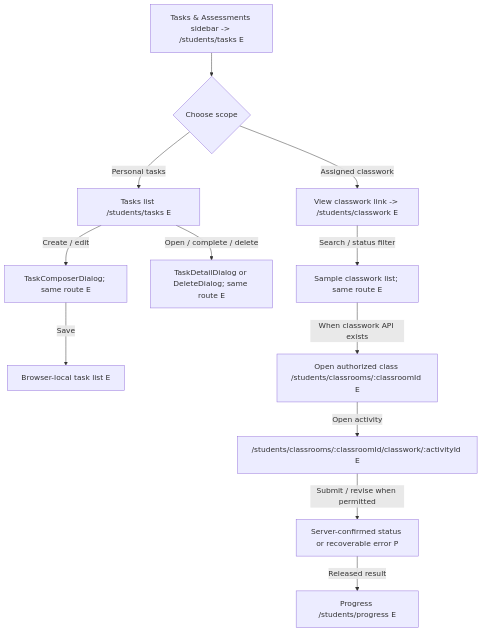
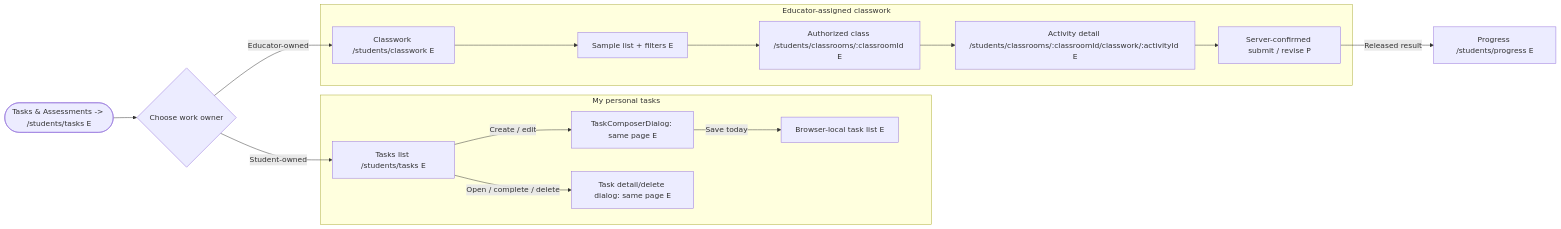
One commit to devCarlJoseph/owlio-app changed the tenth of 14 diagrams in OWLIO_STUDENT_SIDEBAR_WORKFLOW_PLAN.md. Above: the diagram before and after it, drawn with Mermaid. The commit also changed other lines of this file and 1 other file, not shown here.

Commit message:
docs(workflows): render sidebar flows as grouped Mermaid diagrams

````diff
--- a/OWLIO_STUDENT_SIDEBAR_WORKFLOW_PLAN.md
+++ b/OWLIO_STUDENT_SIDEBAR_WORKFLOW_PLAN.md
@@ -496,14 +584,24 @@
 ```mermaid
-flowchart TD
-  WORK["Tasks & Assessments sidebar -> /students/tasks E"] --> SCOPE{"Choose scope"}
-  SCOPE -->|"Personal tasks"| T["Tasks list /students/tasks E"]
-  T -->|"Create / edit"| FORM["TaskComposerDialog; same route E"]
-  FORM -->|"Save"| LOCAL["Browser-local task list E"]
-  T -->|"Open / complete / delete"| DETAIL["TaskDetailDialog or DeleteDialog; same route E"]
-  SCOPE -->|"Assigned classwork"| CW["View classwork link -> /students/classwork E"]
-  CW -->|"Search / status filter"| LIST["Sample classwork list; same route E"]
-  LIST -->|"When classwork API exists"| CLASS["Open authorized class /students/classrooms/:classroomId E"]
-  CLASS -->|"Open activity"| ACT["/students/classrooms/:classroomId/classwork/:activityId E"]
-  ACT -->|"Submit / revise when permitted"| CONFIRM["Server-confirmed status or recoverable error P"]
-  CONFIRM -->|"Released result"| PROG["Progress /students/progress E"]
+flowchart LR
+  WORK(["Tasks & Assessments -> /students/tasks E"]) --> SCOPE{"Choose work owner"}
+  subgraph PERSONAL["My personal tasks"]
+    T["Tasks list /students/tasks E"]
+    FORM["TaskComposerDialog: same page E"]
+    LOCAL["Browser-local task list E"]
+    DETAIL["Task detail/delete dialog: same page E"]
+    T -->|"Create / edit"| FORM
+    FORM -->|"Save today"| LOCAL
+    T -->|"Open / complete / delete"| DETAIL
+  end
+  subgraph ASSIGNED["Educator-assigned classwork"]
+    CW["Classwork /students/classwork E"]
+    LIST["Sample list + filters E"]
+    CLASS["Authorized class /students/classrooms/:classroomId E"]
+    ACT["Activity detail /students/classrooms/:classroomId/classwork/:activityId E"]
+    SUBMIT["Server-confirmed submit / revise P"]
+    CW --> LIST --> CLASS --> ACT --> SUBMIT
+  end
+  SCOPE -->|"Student-owned"| T
+  SCOPE -->|"Educator-owned"| CW
+  SUBMIT -->|"Released result"| PROG["Progress /students/progress E"]
 ```
````
